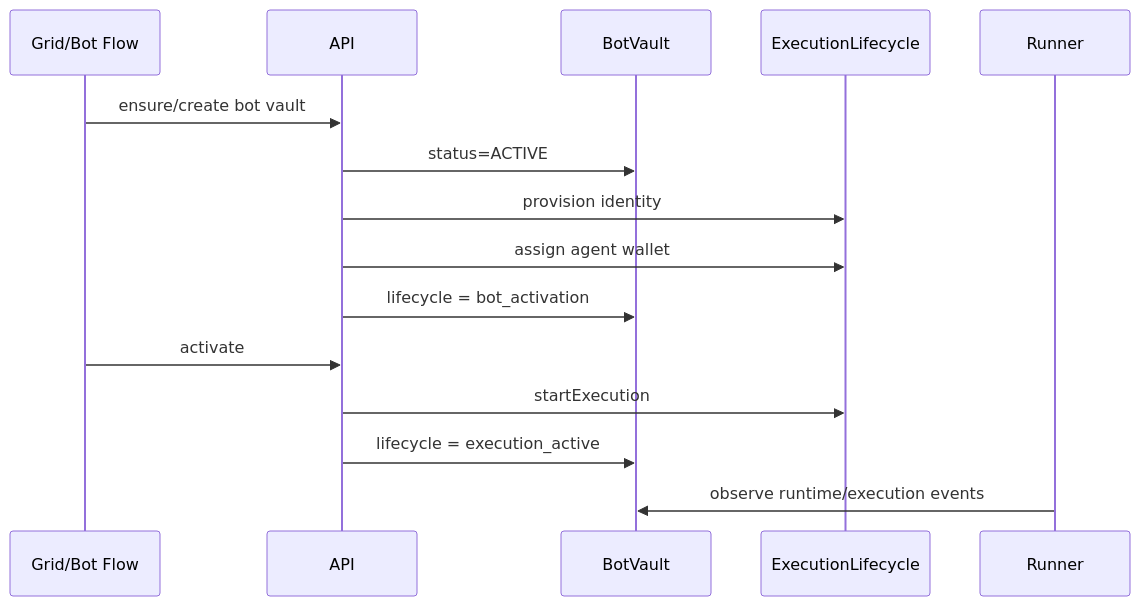
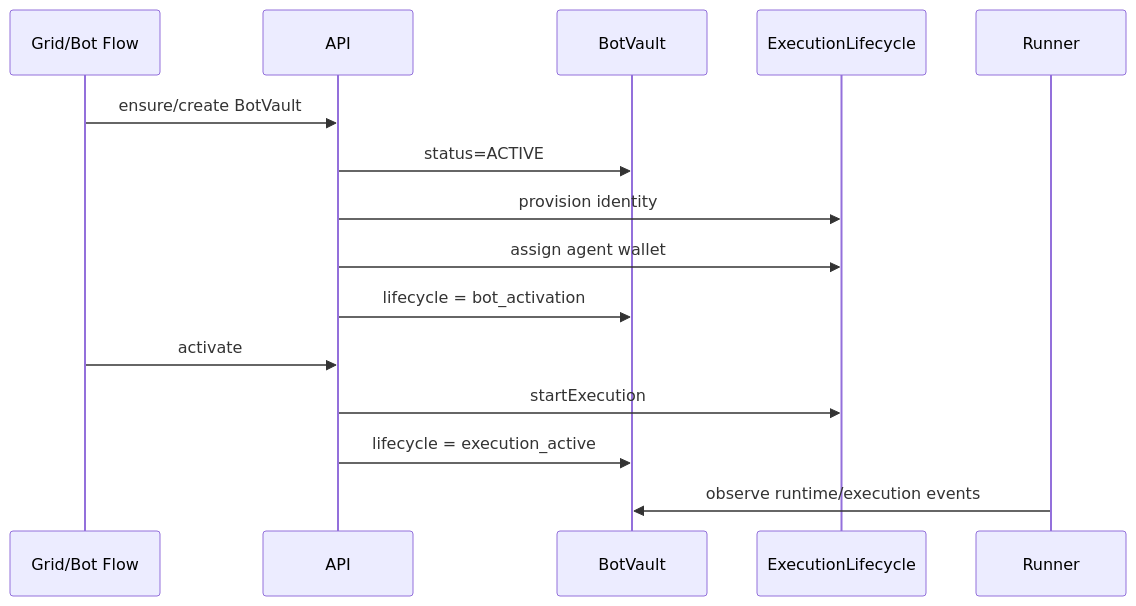
The diagram in docs/vault-lifecycle.md (Mario1480/uLiquid-Desk), drawn with Mermaid before and after one commit. The commit also changed other lines of this file and 60 other files, not shown here.

Commit message:
Clean up legacy BotVault variants

````diff
--- a/docs/vault-lifecycle.md
+++ b/docs/vault-lifecycle.md
@@ -114,18 +69,18 @@
 ```mermaid
 sequenceDiagram
     participant Grid as Grid/Bot Flow
     participant API
     participant BotVault
     participant Exec as ExecutionLifecycle
     participant Runner
 
-    Grid->>API: ensure/create bot vault
+    Grid->>API: ensure/create BotVault
     API->>BotVault: status=ACTIVE
     API->>Exec: provision identity
     API->>Exec: assign agent wallet
     API->>BotVault: lifecycle = bot_activation
     Grid->>API: activate
     API->>Exec: startExecution
     API->>BotVault: lifecycle = execution_active
     Runner->>BotVault: observe runtime/execution events
 ```
````
